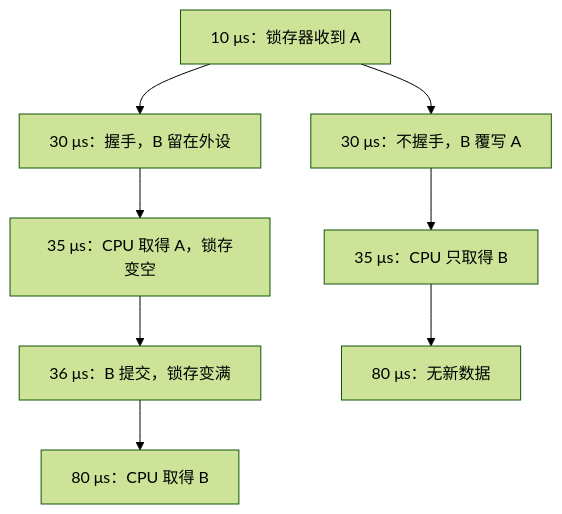
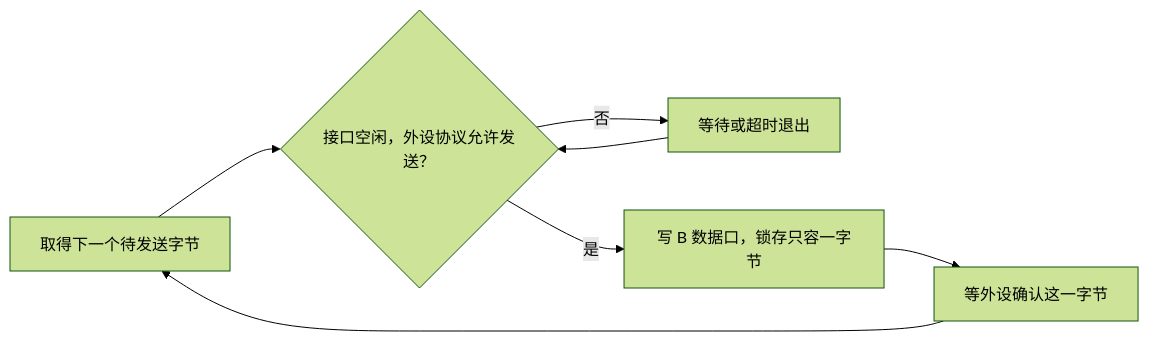
One commit to hicancan/njupt-knowledge changed the second of 2 diagrams in materials/cs-free/B0301072S/并行接口-握手与输入缓冲练习.md. Above: the diagram before and after it, drawn with Mermaid (forest theme). The commit also changed other lines of this file and 2 other files, not shown here.

````diff
--- a/materials/cs-free/B0301072S/并行接口-握手与输入缓冲练习.md
+++ b/materials/cs-free/B0301072S/并行接口-握手与输入缓冲练习.md
@@ -18,11 +92,9 @@
 ```mermaid
-flowchart TD
-  A["10 μs：锁存器收到 A"]
-  A --> W["30 μs：握手，B 留在外设"]
-  A --> O["30 μs：不握手，B 覆写 A"]
-  W --> R["35 μs：CPU 取得 A，锁存变空"]
-  R --> F["36 μs：B 提交，锁存变满"]
-  F --> T["80 μs：CPU 取得 B"]
-  O --> S["35 μs：CPU 只取得 B"]
-  S --> E["80 μs：无新数据"]
+flowchart LR
+    I["取得下一个待发送字节"] --> A{"接口空闲，外设协议允许发送？"}
+    A -->|否| W["等待或超时退出"]
+    W --> A
+    A -->|是| O["写 B 数据口，锁存只容一字节"]
+    O --> H["等外设确认这一字节"]
+    H --> I
 ```
````
